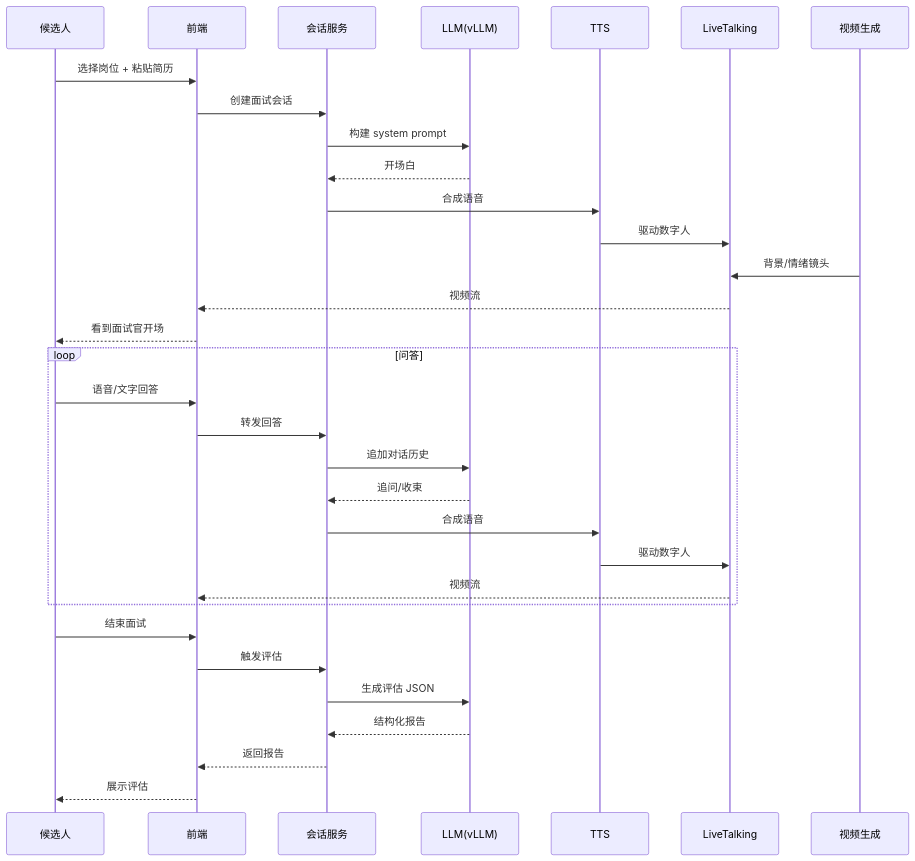
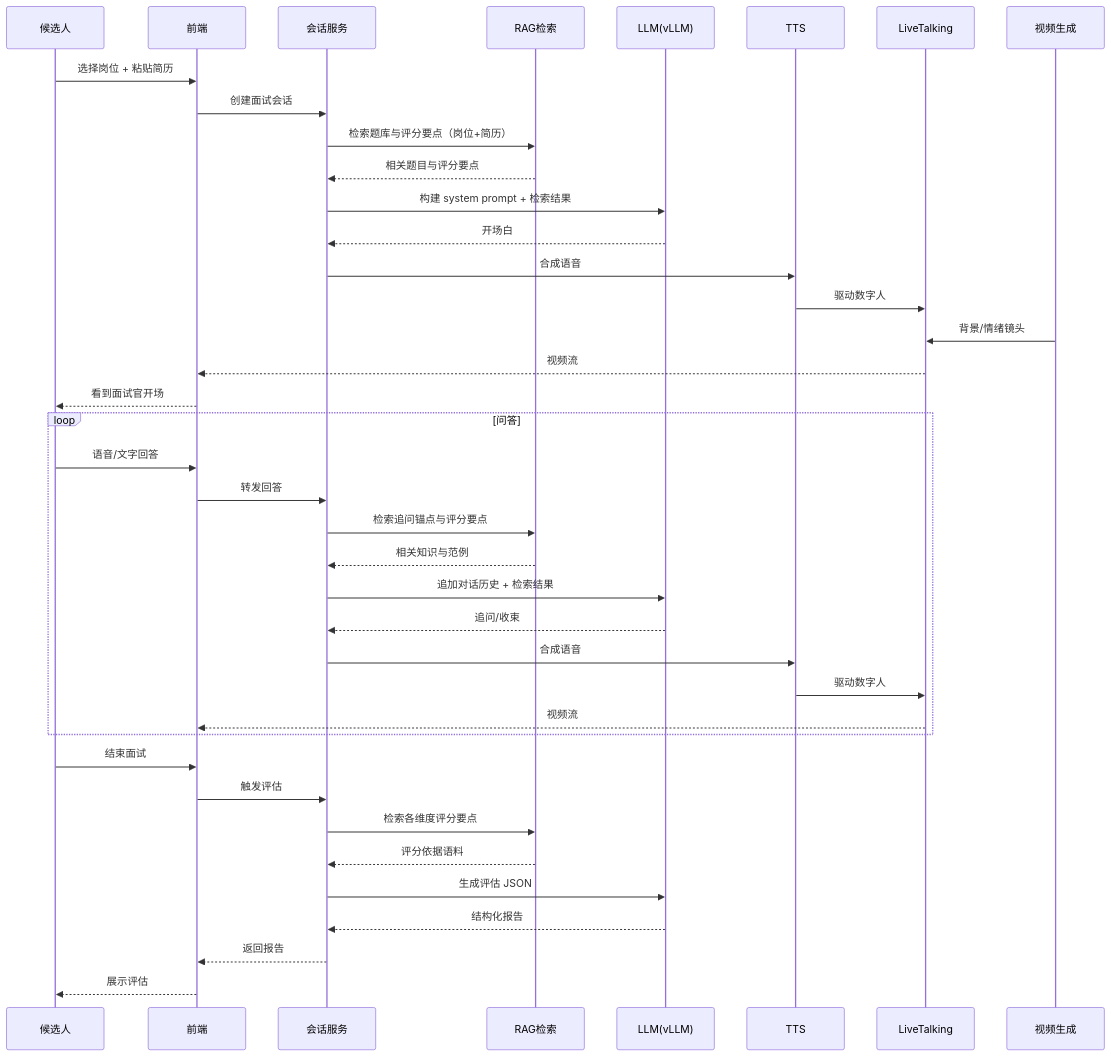
The fourth of 5 diagrams in REQUIREMENTS.md (sublucky/virtual-interviewer), drawn with Mermaid before and after one commit. The commit also changed other lines of this file, not shown here.

````diff
--- a/REQUIREMENTS.md
+++ b/REQUIREMENTS.md
@@ -178,37 +218,44 @@
 ```mermaid
 sequenceDiagram
     participant C as 候选人
     participant F as 前端
     participant S as 会话服务
+    participant R as RAG检索
     participant L as LLM(vLLM)
     participant T as TTS
     participant A as LiveTalking
     participant V as 视频生成
 
     C->>F: 选择岗位 + 粘贴简历
     F->>S: 创建面试会话
-    S->>L: 构建 system prompt
+    S->>R: 检索题库与评分要点（岗位+简历）
+    R-->>S: 相关题目与评分要点
+    S->>L: 构建 system prompt + 检索结果
     L-->>S: 开场白
     S->>T: 合成语音
     T->>A: 驱动数字人
     V->>A: 背景/情绪镜头
     A-->>F: 视频流
     F-->>C: 看到面试官开场
 
     loop 问答
         C->>F: 语音/文字回答
         F->>S: 转发回答
-        S->>L: 追加对话历史
+        S->>R: 检索追问锚点与评分要点
+        R-->>S: 相关知识与范例
+        S->>L: 追加对话历史 + 检索结果
         L-->>S: 追问/收束
         S->>T: 合成语音
         T->>A: 驱动数字人
         A-->>F: 视频流
     end
 
     C->>F: 结束面试
     F->>S: 触发评估
+    S->>R: 检索各维度评分要点
+    R-->>S: 评分依据语料
     S->>L: 生成评估 JSON
     L-->>S: 结构化报告
     S-->>F: 返回报告
     F-->>C: 展示评估
 ```
````
